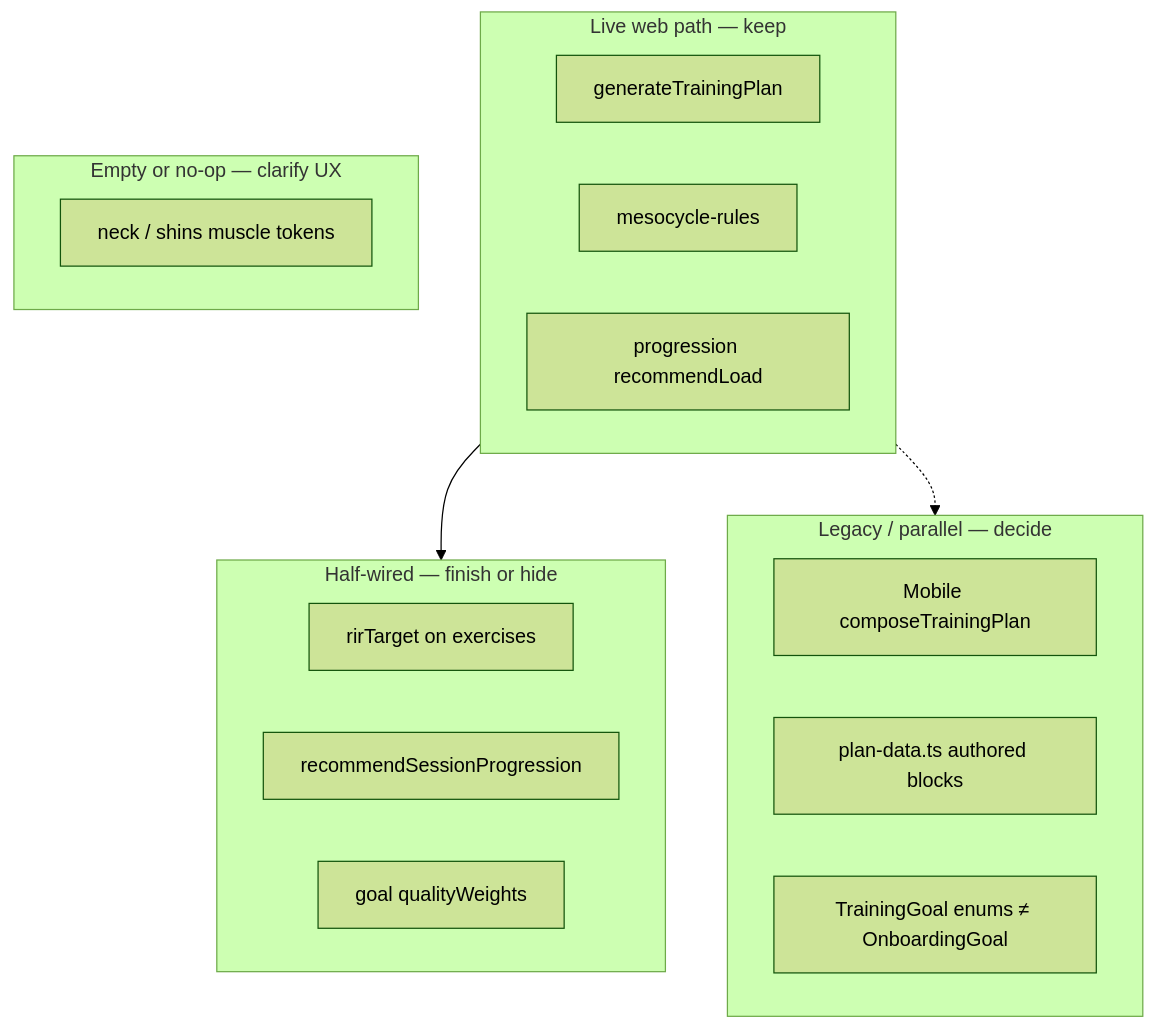
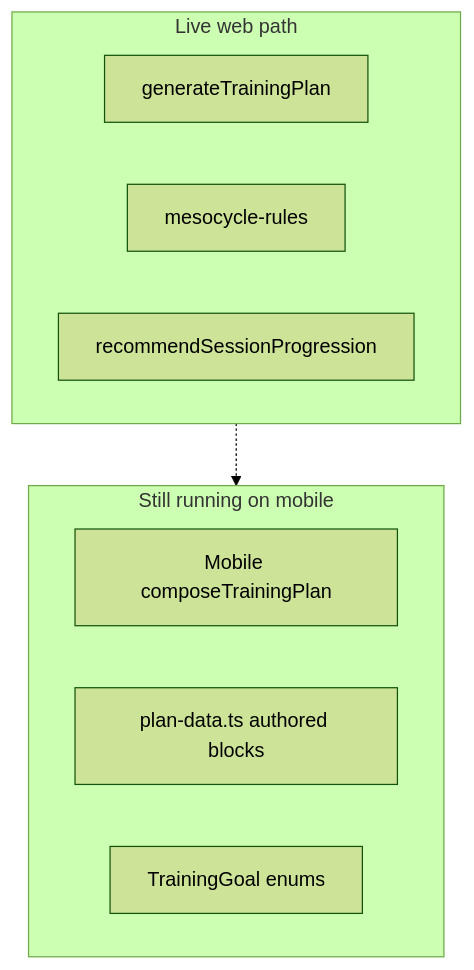
Before and after one commit to jeriel-rb/pacergo-app: the diagram in docs/plan-engine/debt-and-cleanup.md, drawn with Mermaid (forest theme). The commit also changed other lines of this file and 80 other files, not shown here.

First line of the commit message:
Enhance workout plan generator with improved isolation handling, refined progression logic, and updated goal profiles

````diff
--- a/docs/plan-engine/debt-and-cleanup.md
+++ b/docs/plan-engine/debt-and-cleanup.md
@@ -5,23 +5,14 @@
 ```mermaid
 flowchart TB
-  subgraph Live["Live web path — keep"]
+  subgraph Live["Live web path"]
     G[generateTrainingPlan]
     M[mesocycle-rules]
-    P[progression recommendLoad]
+    P[recommendSessionProgression]
   end
-  subgraph Half["Half-wired — finish or hide"]
-    RIR[rirTarget on exercises]
-    RSP[recommendSessionProgression]
-    QW[goal qualityWeights]
-  end
-  subgraph Legacy["Legacy / parallel — decide"]
+  subgraph Legacy["Still running on mobile"]
     MC[Mobile composeTrainingPlan]
     PD[plan-data.ts authored blocks]
-    TG[TrainingGoal enums ≠ OnboardingGoal]
+    TG[TrainingGoal enums]
   end
-  subgraph Empty["Empty or no-op — clarify UX"]
-    NK[neck / shins muscle tokens]
-  end
-  Live --> Half
   Live -.-> Legacy
 ```
````
